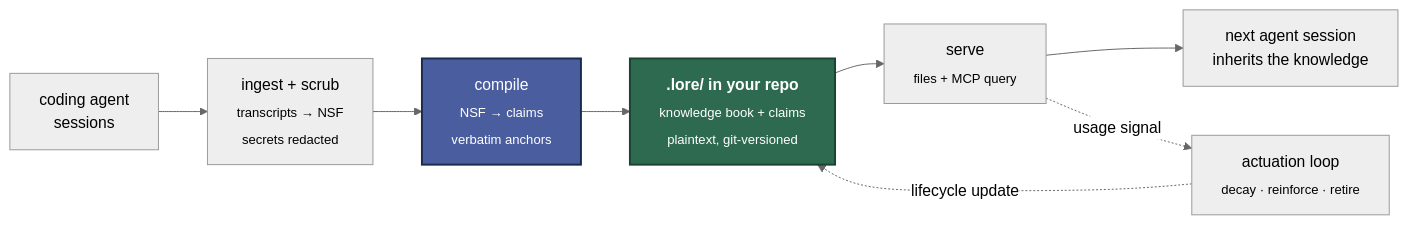
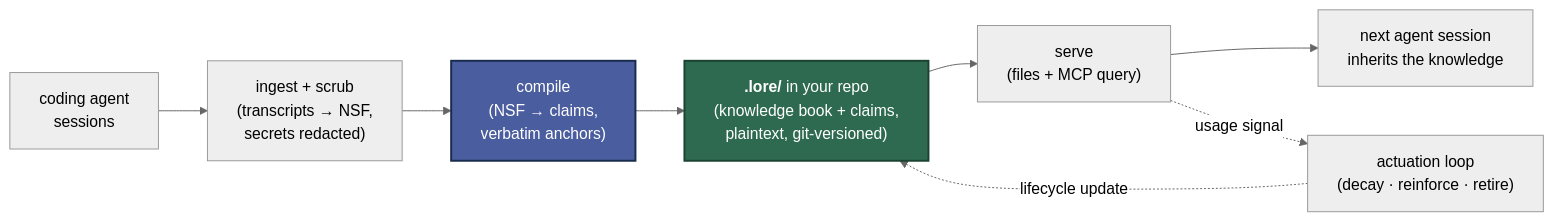
One commit to srijansk/crewlore changed the diagram in README.md. Above: the diagram before and after it, drawn with Mermaid (neutral theme). The commit also changed 1 other file, not shown here.

Commit message:
docs: fix Mermaid label clipping + re-record GIF on new theme
GitHub's Mermaid renderer mis-sizes flowchart nodes that contain <sub>
tags — every node's sub-text was clipped on the right edge. Switched to
plain <br/>-separated lines with parens around the annotations; nodes
now auto-size to actual content. <b>.lore/</b> retained for the artifact
emphasis (bold renders correctly).

Also re-recorded docs/assets/demo.gif on the new Catppuccin Mocha theme
+ 18pt font + 1400x900 canvas. Compiled-book Markdown rendering and the
Rich success-criteria table are now legible at README hero size.

````diff
--- a/README.md
+++ b/README.md
@@ -95,16 +95,16 @@
 ```mermaid
 flowchart LR
-    S["coding agent<br/>sessions"] --> I["ingest + scrub<br/><sub>transcripts → NSF<br/>secrets redacted</sub>"]
-    I --> C["compile<br/><sub>NSF → claims<br/>verbatim anchors</sub>"]
-    C --> R["<b>.lore/ in your repo</b><br/><sub>knowledge book + claims<br/>plaintext, git-versioned</sub>"]
-    R --> SV["serve<br/><sub>files + MCP query</sub>"]
+    S["coding agent<br/>sessions"] --> I["ingest + scrub<br/>(transcripts → NSF,<br/>secrets redacted)"]
+    I --> C["compile<br/>(NSF → claims,<br/>verbatim anchors)"]
+    C --> R["<b>.lore/</b> in your repo<br/>(knowledge book + claims,<br/>plaintext, git-versioned)"]
+    R --> SV["serve<br/>(files + MCP query)"]
     SV --> N["next agent session<br/>inherits the knowledge"]
 
-    SV -. "usage signal" .-> AL["actuation loop<br/><sub>decay · reinforce · retire</sub>"]
+    SV -. "usage signal" .-> AL["actuation loop<br/>(decay · reinforce · retire)"]
     AL -. "lifecycle update" .-> R
 
     classDef engine fill:#4a5d9e,stroke:#1a2c4d,color:#fff,stroke-width:2px
     classDef artifact fill:#2d6a4f,stroke:#1b4332,color:#fff,stroke-width:2px
     class C engine
     class R artifact
 ```
````
